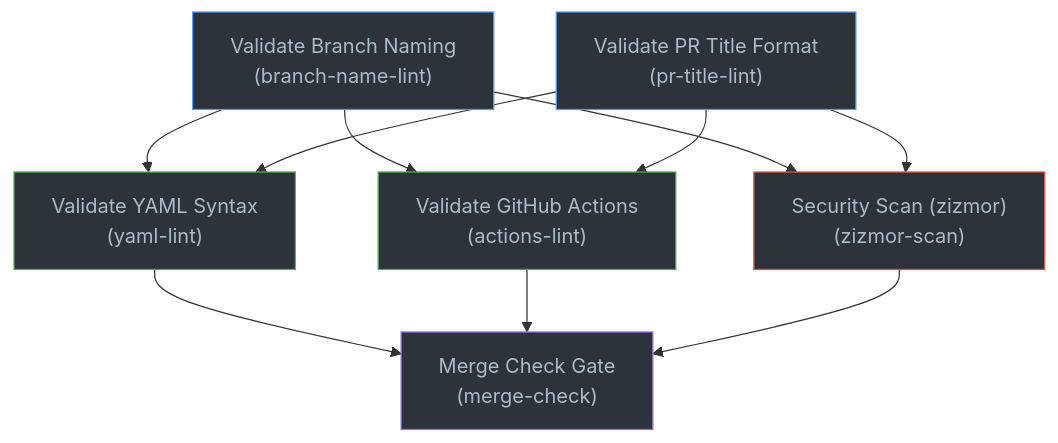
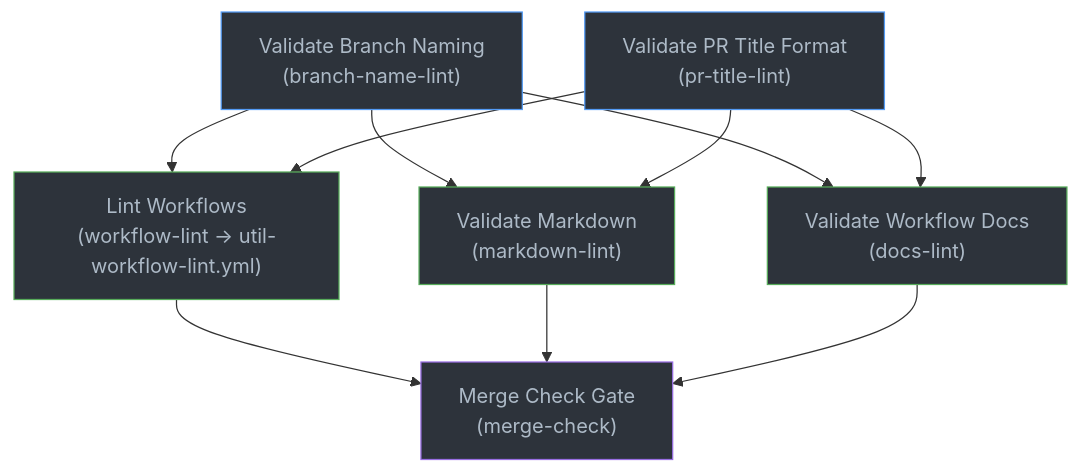
One commit to grzegorzfranus/github-workflows changed the first of 2 diagrams in README.md. Above: the diagram before and after it, drawn with Mermaid. The commit also changed other lines of this file and 1 other file, not shown here.

````diff
--- a/README.md
+++ b/README.md
@@ -137,14 +172,14 @@
 ```mermaid
 graph TD
-    A["Validate Branch Naming<br/>(branch-name-lint)"] & B["Validate PR Title Format<br/>(pr-title-lint)"] --> C["Validate YAML Syntax<br/>(yaml-lint)"]
-    A & B --> D["Validate GitHub Actions<br/>(actions-lint)"]
-    A & B --> E["Security Scan (zizmor)<br/>(zizmor-scan)"]
+    A["Validate Branch Naming<br/>(branch-name-lint)"] & B["Validate PR Title Format<br/>(pr-title-lint)"] --> C["Lint Workflows<br/>(workflow-lint → util-workflow-lint.yml)"]
+    A & B --> D["Validate Markdown<br/>(markdown-lint)"]
+    A & B --> E["Validate Workflow Docs<br/>(docs-lint)"]
     C & D & E --> F["Merge Check Gate<br/>(merge-check)"]
 
     style A fill:#2d333b,stroke:#539bf5,color:#adbac7
     style B fill:#2d333b,stroke:#539bf5,color:#adbac7
     style C fill:#2d333b,stroke:#57ab5a,color:#adbac7
     style D fill:#2d333b,stroke:#57ab5a,color:#adbac7
-    style E fill:#2d333b,stroke:#e5534b,color:#adbac7
+    style E fill:#2d333b,stroke:#57ab5a,color:#adbac7
     style F fill:#2d333b,stroke:#986ee2,color:#adbac7
 ```
````
